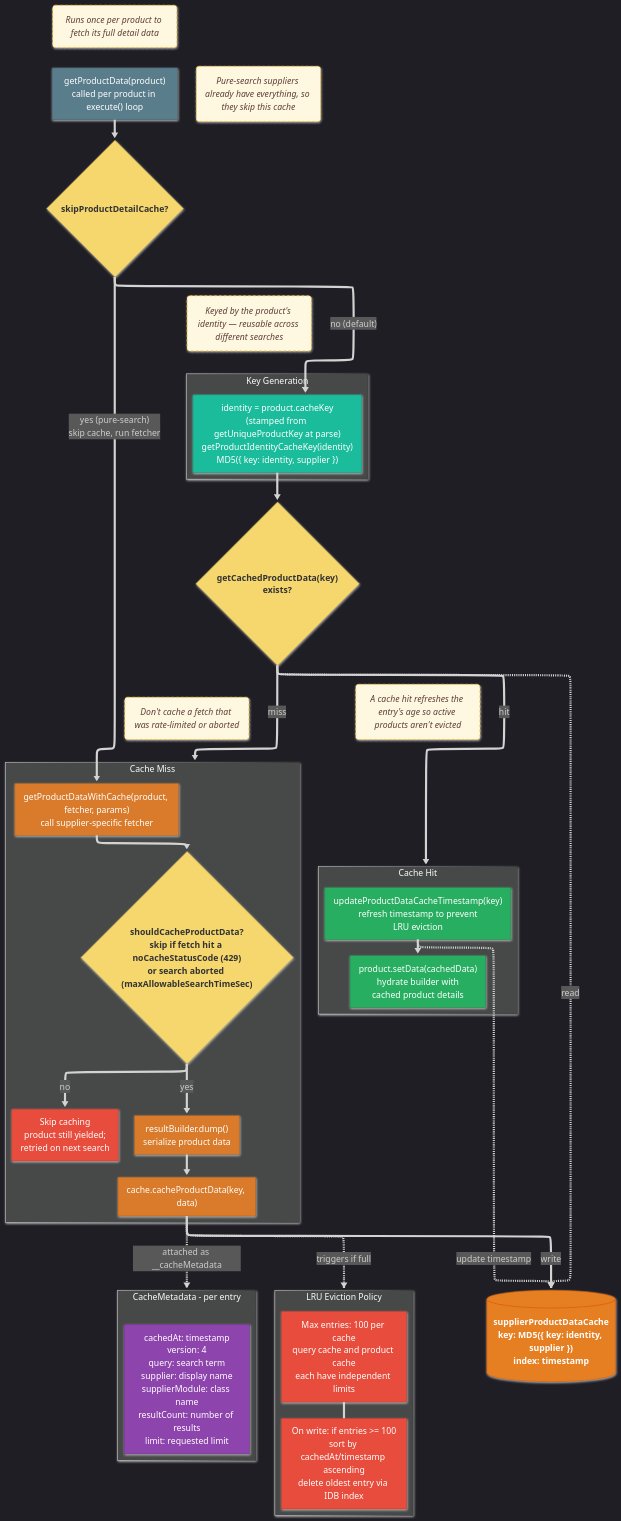
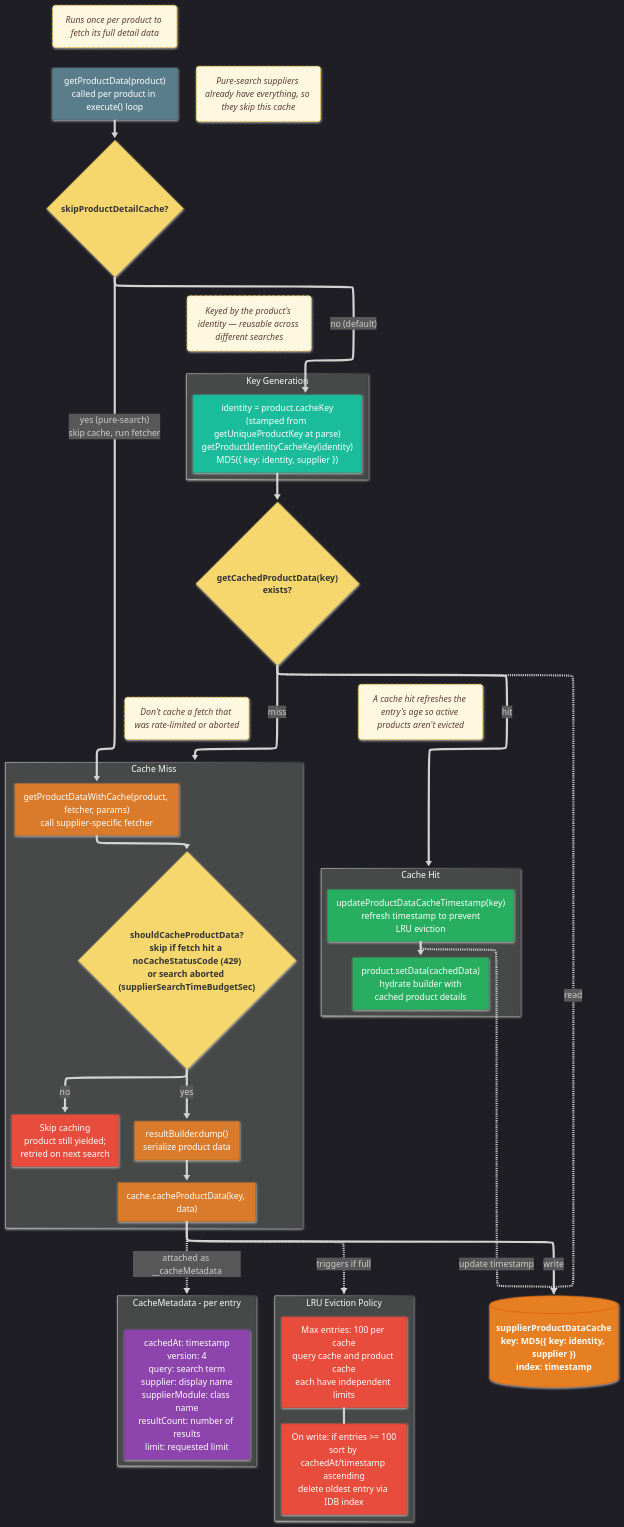
The third of 5 diagrams in pages/diagrams/search-cache-flow.md (jhyland87/chem-pal), drawn with Mermaid before and after one commit. The commit also changed other lines of this file and 63 other files, not shown here.

```diff
--- a/pages/diagrams/search-cache-flow.md
+++ b/pages/diagrams/search-cache-flow.md
@@ -227,7 +227,7 @@
 subgraph CacheMiss2["Cache Miss"]
 direction TB
 FETCH["getProductDataWithCache(product, fetcher, params)\ncall supplier-specific fetcher"]
-CACHEABLE{"shouldCacheProductData?\nskip if fetch hit a noCacheStatusCode (429)\nor search aborted (maxAllowableSearchTimeSec)"}
+CACHEABLE{"shouldCacheProductData?\nskip if fetch hit a noCacheStatusCode (429)\nor search aborted (supplierSearchTimeBudgetSec)"}
 DUMP2["resultBuilder.dump()\nserialize product data"]
 SAVE2["cache.cacheProductData(key, data)"]
 SKIP2["Skip caching\nproduct still yielded;\nretried on next search"]
```
